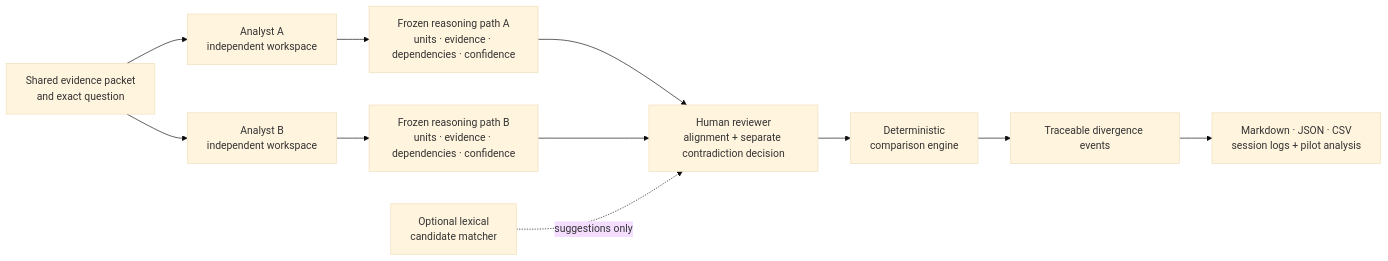
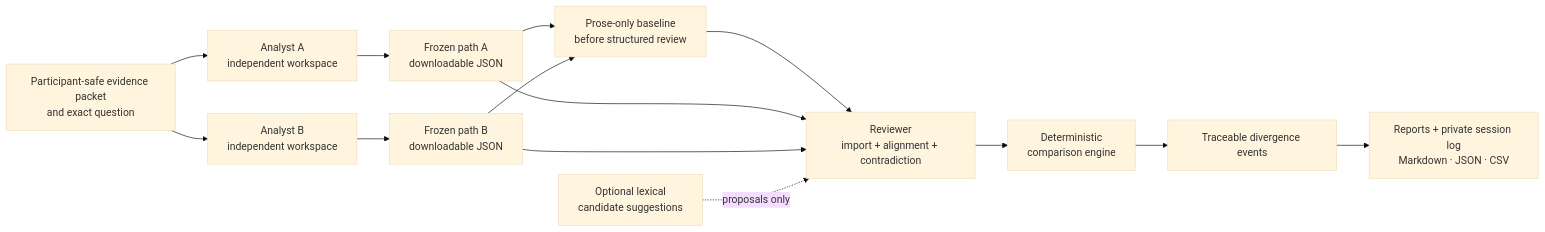
One commit to GnomeMan4201/reasoning-diff-lab changed the diagram in README.md. Above: the diagram before and after it, drawn with Mermaid (base theme). The commit also changed other lines of this file and 32 other files, not shown here.

````diff
--- a/README.md
+++ b/README.md
@@ -72,20 +68,24 @@
 ```mermaid
 flowchart LR
-    E[Shared evidence packet<br/>and exact question]
+    E[Participant-safe evidence packet<br/>and exact question]
     A[Analyst A<br/>independent workspace]
     B[Analyst B<br/>independent workspace]
-    PA[Frozen reasoning path A<br/>units · evidence · dependencies · confidence]
-    PB[Frozen reasoning path B<br/>units · evidence · dependencies · confidence]
-    M[Optional lexical<br/>candidate matcher]
-    R[Human reviewer<br/>alignment + separate contradiction decision]
+    PA[Frozen path A<br/>downloadable JSON]
+    PB[Frozen path B<br/>downloadable JSON]
+    BL[Prose-only baseline<br/>before structured review]
+    R[Reviewer<br/>import + alignment + contradiction]
+    M[Optional lexical<br/>candidate suggestions]
     D[Deterministic<br/>comparison engine]
     O[Traceable divergence events]
-    X[Markdown · JSON · CSV<br/>session logs + pilot analysis]
+    X[Reports + private session log<br/>Markdown · JSON · CSV]
 
     E --> A --> PA
     E --> B --> PB
+    PA --> BL
+    PB --> BL
+    BL --> R
     PA --> R
     PB --> R
-    M -. suggestions only .-> R
+    M -. proposals only .-> R
     R --> D --> O --> X
 ```
````
